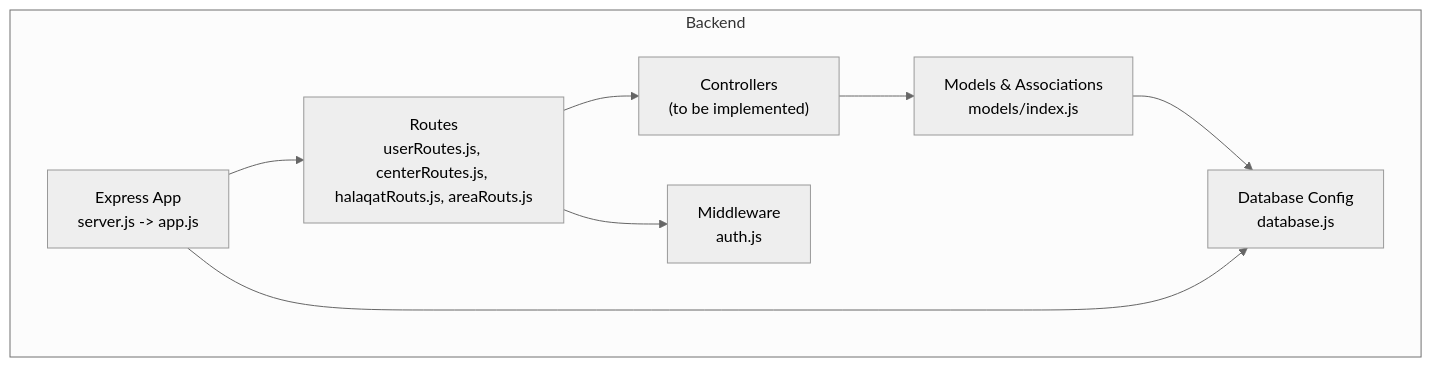
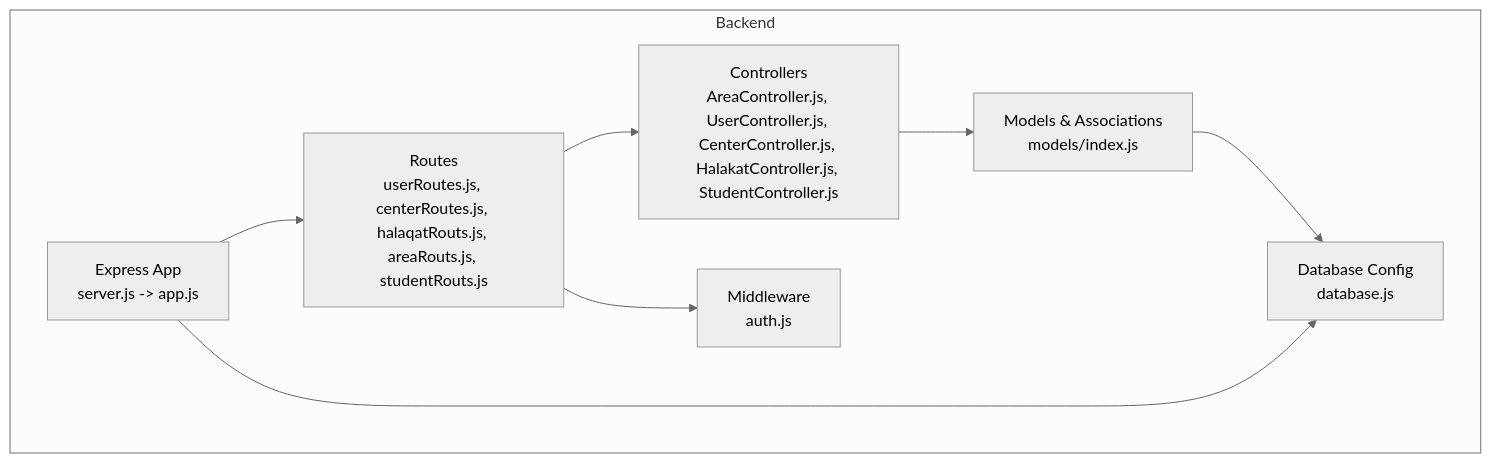
One commit to Mreng78/khirocom_project changed the first of 12 diagrams in .qoder/repowiki/en/content/Feature Modules/Feature Modules.md. Above: the diagram before and after it, drawn with Mermaid (neutral theme). The commit also changed other lines of this file and 6 other files, not shown here.

````diff
--- a/.qoder/repowiki/en/content/Feature Modules/Feature Modules.md
+++ b/.qoder/repowiki/en/content/Feature Modules/Feature Modules.md
@@ -55,17 +60,17 @@
 ```mermaid
 graph TB
 subgraph "Backend"
 CFG["Express App<br/>server.js -> app.js"]
 DB["Database Config<br/>database.js"]
 MODELS["Models & Associations<br/>models/index.js"]
-ROUTES["Routes<br/>userRoutes.js, centerRoutes.js, halaqatRouts.js, areaRouts.js"]
-CONTROLLERS["Controllers<br/>(to be implemented)"]
+ROUTES["Routes<br/>userRoutes.js, centerRoutes.js, halaqatRouts.js, areaRouts.js, studentRouts.js"]
+CONTROLLERS["Controllers<br/>AreaController.js, UserController.js, CenterController.js, HalakatController.js, StudentController.js"]
 MIDDLEWARE["Middleware<br/>auth.js"]
 end
 CFG --> ROUTES
 ROUTES --> CONTROLLERS
 CONTROLLERS --> MODELS
 MODELS --> DB
 CFG --> DB
 ROUTES --> MIDDLEWARE
 ```
````
